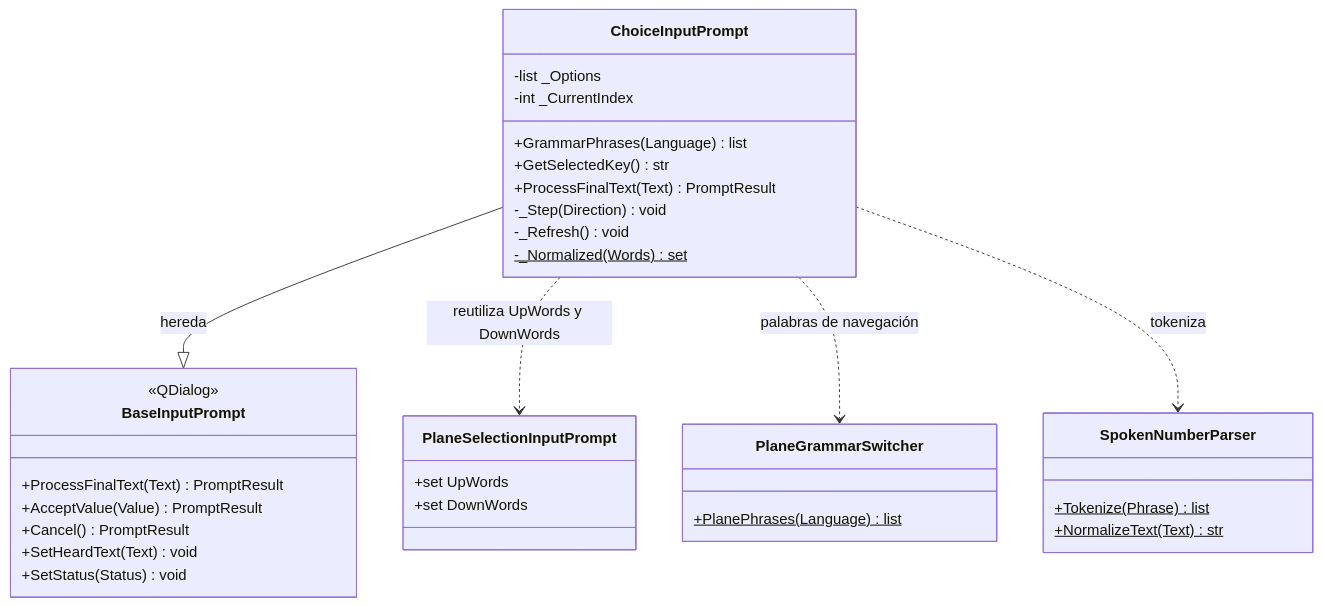
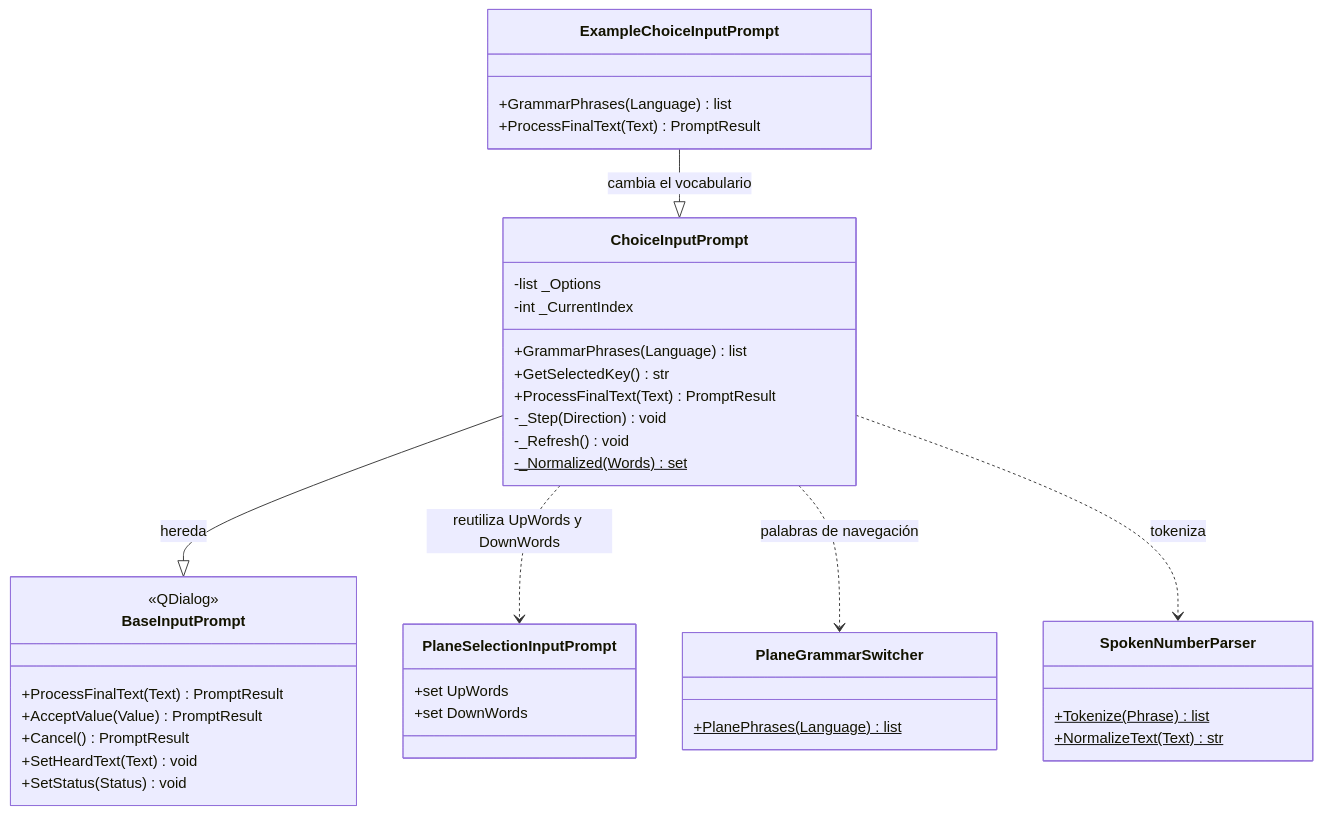
The diagram in Dav/docs/diagramas/ChoiceInputPrompt.md (DAv-Project-Team-UADER/DAV), drawn with Mermaid before and after one commit. The commit also changed other lines of this file and 30 other files, not shown here.

First line of the commit message:
Add prompt diagrams and shortcut helper

````diff
--- a/Dav/docs/diagramas/ChoiceInputPrompt.md
+++ b/Dav/docs/diagramas/ChoiceInputPrompt.md
@@ -11,42 +11,48 @@
 ```mermaid
 classDiagram
     class BaseInputPrompt {
         <<QDialog>>
         +ProcessFinalText(Text) PromptResult
         +AcceptValue(Value) PromptResult
         +Cancel() PromptResult
         +SetHeardText(Text) void
         +SetStatus(Status) void
     }
 
     class ChoiceInputPrompt {
         -list _Options
         -int _CurrentIndex
 
         +GrammarPhrases(Language) list
         +GetSelectedKey() str
         +ProcessFinalText(Text) PromptResult
         -_Step(Direction) void
         -_Refresh() void
         -_Normalized(Words)$ set
     }
 
+    class ExampleChoiceInputPrompt {
+        +GrammarPhrases(Language) list
+        +ProcessFinalText(Text) PromptResult
+    }
+
     class PlaneSelectionInputPrompt {
         +set UpWords
         +set DownWords
     }
 
     class PlaneGrammarSwitcher {
         +PlanePhrases(Language)$ list
     }
 
     class SpokenNumberParser {
         +Tokenize(Phrase)$ list
         +NormalizeText(Text)$ str
     }
 
     ChoiceInputPrompt --|> BaseInputPrompt : hereda
     ChoiceInputPrompt ..> PlaneSelectionInputPrompt : reutiliza UpWords y DownWords
     ChoiceInputPrompt ..> PlaneGrammarSwitcher : palabras de navegación
     ChoiceInputPrompt ..> SpokenNumberParser : tokeniza
+    ExampleChoiceInputPrompt --|> ChoiceInputPrompt : cambia el vocabulario
 ```
````
